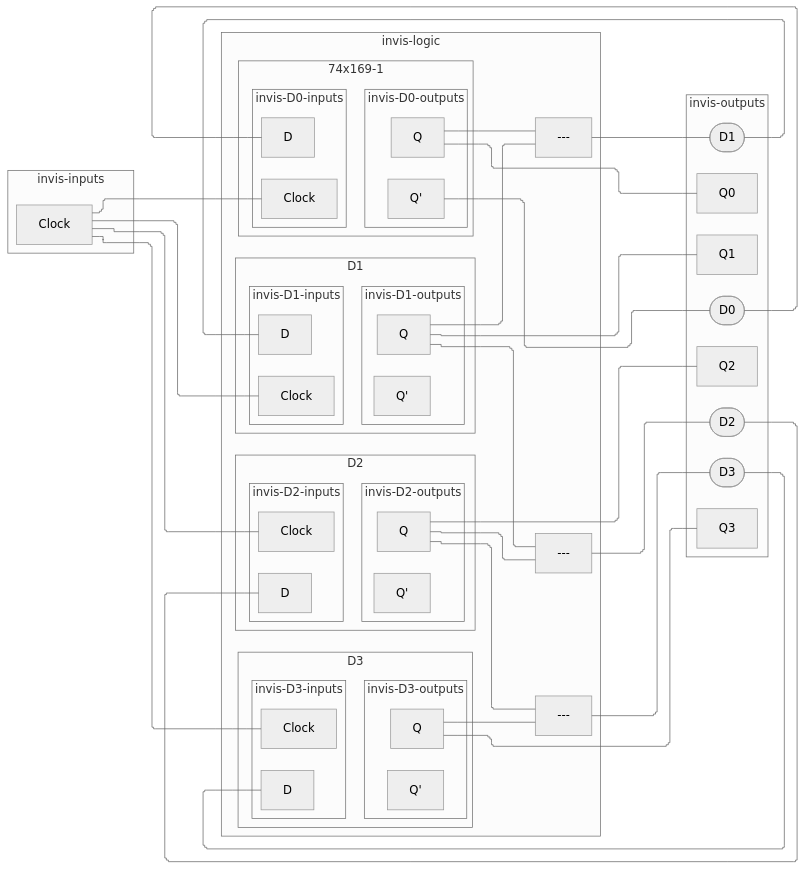
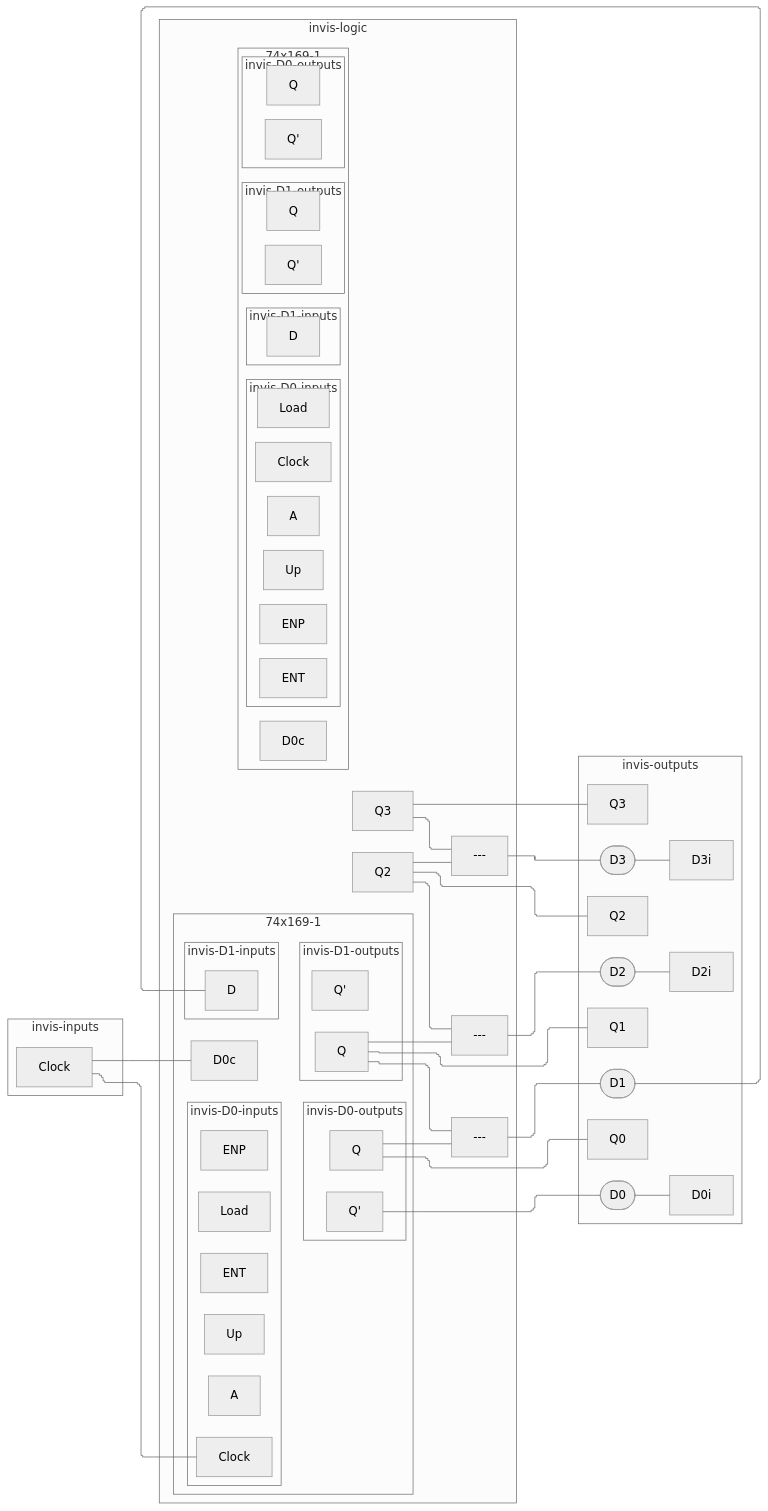
Before and after one commit to tnichols217/notes: the seventh of 7 diagrams in CSDS 281 - Logic Design/HW/8/Tables.md, drawn with Mermaid (neutral theme).

Commit message:
vault backup: 2024-04-05 01:24:51

````diff
--- a/CSDS 281 - Logic Design/HW/8/Tables.md
+++ b/CSDS 281 - Logic Design/HW/8/Tables.md
@@ -327,75 +327,55 @@
 ```mermaid
 %%{ init: { 'flowchart': { 'curve': 'stepBefore', "defaultRenderer": "elk" } } }%%
 flowchart LR
 subgraph invis-inputs
 	Clock
 end
 subgraph invis-logic
 	subgraph 74x169-1
 		subgraph invis-D0-inputs
-			D0i[D]
-			D0c[Clock]
+			D1c[Clock]
+			D1up[Up]
+			D1LD[Load]
+			D1ENP[ENP]
+			D1ENT[ENT]
+			D1A[A]
 		end
 		Clock --- D0c
 		subgraph invis-D0-outputs
 			Q0[Q]
 			Q0P[Q']
 		end
 		invis-D0-inputs ~~~ invis-D0-outputs
 	end
-	subgraph D1
+	subgraph 74x169-1
 		subgraph invis-D1-inputs
 			D1i[D]
 			D1c[Clock]
 		end
 		Clock --- D1c
 		subgraph invis-D1-outputs
 			Q1[Q]
 			Q1P[Q']
 		end
 		invis-D1-inputs ~~~ invis-D1-outputs
-	end
-	subgraph D2
-		subgraph invis-D2-inputs
-			D2i[D]
-			D2c[Clock]
-		end
-		Clock --- D2c
-		subgraph invis-D2-outputs
-			Q2[Q]
-			Q2P[Q']
-		end
-		invis-D2-inputs ~~~ invis-D2-outputs
-	end
-	subgraph D3
-		subgraph invis-D3-inputs
-			D3i[D]
-			D3c[Clock]
-		end
-		Clock --- D3c
-		subgraph invis-D3-outputs
-			Q3[Q]
-			Q3P[Q']
-		end
-		invis-D3-inputs ~~~ invis-D3-outputs
 	end
 	Q0 & Q1 --- xor1[---]
 	Q1 & Q2 --- xor2[---]
 	Q2 & Q3 --- xor3[---]
 end
 subgraph invis-outputs
 	Q0P --- D0ii([D0])
 	D0ii --- D0i
 	xor1 --- D1ii([D1])
 	D1ii --- D1i
 	xor2 --- D2ii([D2])
 	D2ii --- D2i
 	xor3 --- D3ii([D3])
 	D3ii --- D3i
 	Q0 --- Q0O[Q0]
 	Q1 --- Q1O[Q1]
 	Q2 --- Q2O[Q2]
 	Q3 --- Q3O[Q3]
 end
 invis-inputs ~~~ invis-logic ~~~ invis-outputs
 ```
````
